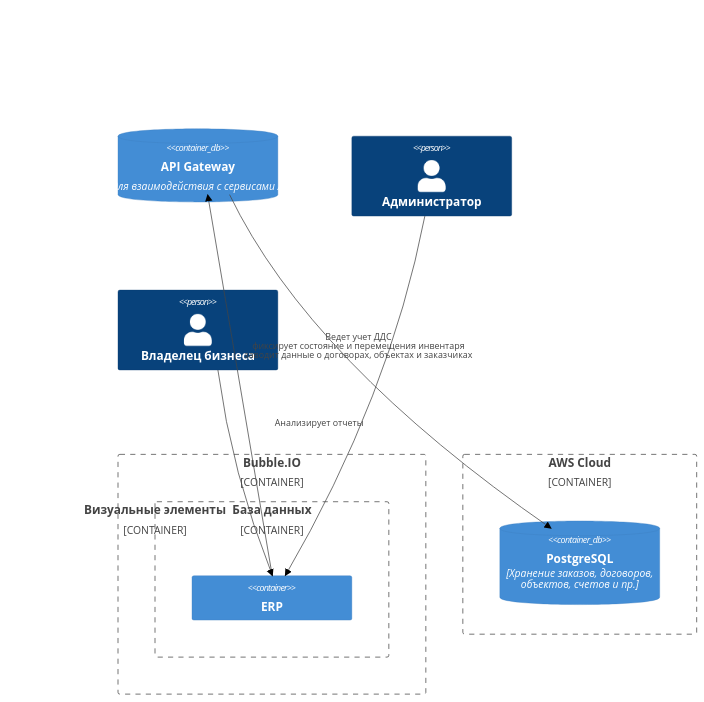
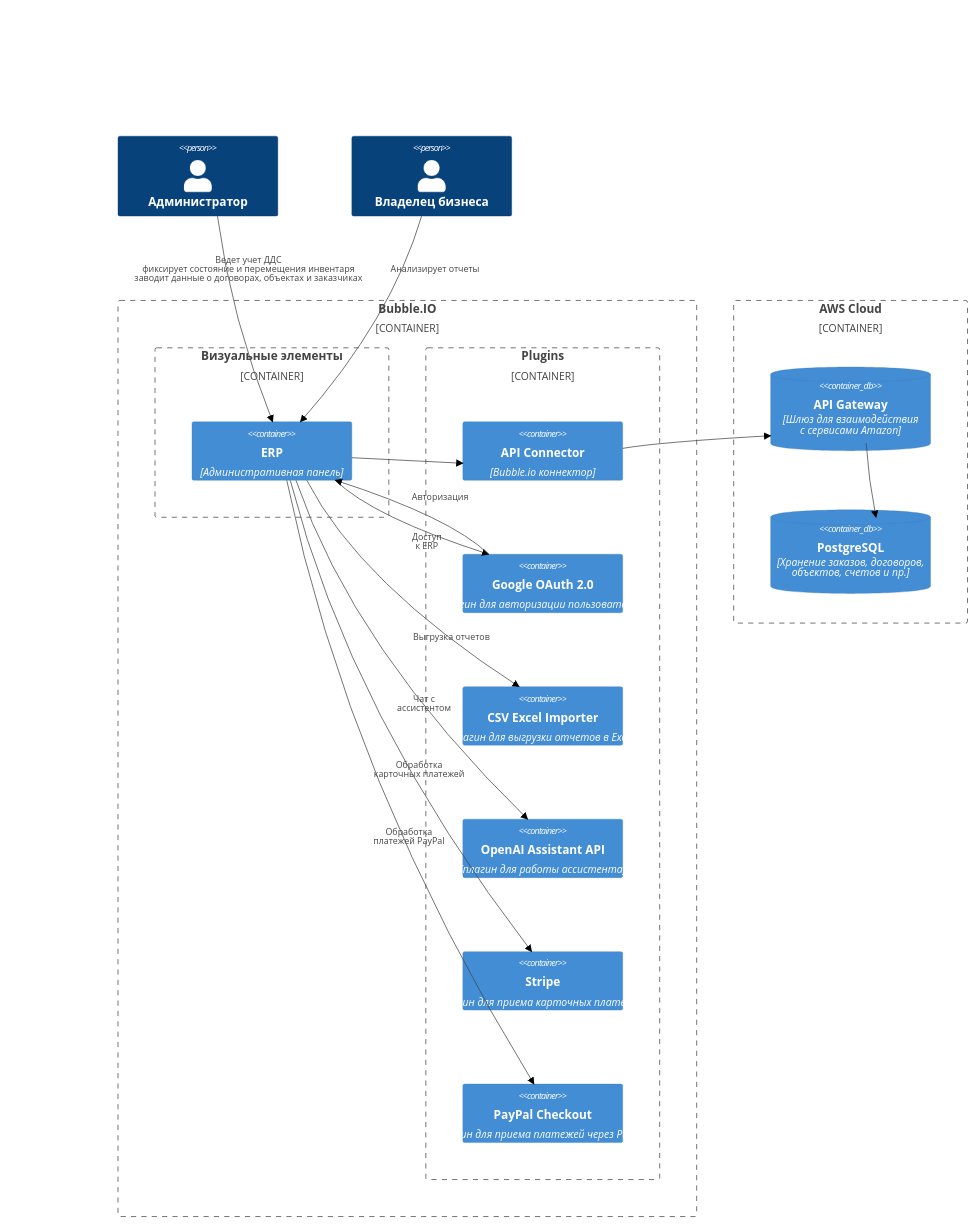
Before and after one commit to ContinentalGuy/otus-arch: the first of 2 diagrams in project/adr_3.md, drawn with Mermaid (neutral theme). The commit also changed 1 other file, not shown here.

Commit message:
added plugins for multiple integrations

````diff
--- a/project/adr_3.md
+++ b/project/adr_3.md
@@ -7,26 +7,44 @@
 ```mermaid
 C4Container
     Container_Boundary(erp, "Bubble.IO") {
         Container_Boundary(b_visual, "Визуальные элементы") {
             Container(admin_pannel, "ERP", "Административная панель")
         }
-        Container_Boundary(b_database, "База данных") {
-            Container(admin_pannel, "ERP", "")
+        Container_Boundary(plugins, "Plugins") {
+            Container(connector, "API Connector", "Bubble.io коннектор")
+            Container(auth, "Google OAuth 2.0", "плагин для авторизации пользователей")
+            Container(csv_import, "CSV Excel Importer", "плагин для выгрузки отчетов в Excel")
+            Container(openai, "OpenAI Assistant API", "плагин для работы ассистента")
+            Container(stripe, "Stripe", "плагин для приема карточных платежей")
+            Container(paypal, "PayPal Checkout", "плагин для приема платежей через PayPal")
         }
     }
     
     Container_Boundary(aws, "AWS Cloud") {
+        ContainerDb(gateway, "API Gateway", "Шлюз для взаимодействия <br>с сервисами Amazon")
         ContainerDb(postgre, "PostgreSQL", "Хранение заказов, договоров, <br> объектов, счетов и пр.")
     }
 
-    ContainerDb(gateway, "API Gateway", "Шлюз для взаимодействия с сервисами Amazon")
-
     Person(admin, "Администратор", "")
     Person(business, "Владелец бизнеса", "")
-    Rel(admin_pannel, gateway, "")
+    Rel(admin_pannel, connector, "")
+    Rel(connector, gateway, "")
     Rel(gateway, postgre, "")
     Rel(admin, admin_pannel, "Ведет учет ДДС <br> фиксирует состояние и перемещения инвентаря <br> заводит данные о договорах, объектах и заказчиках")
     Rel(business, admin_pannel, "Анализирует отчеты")
+    Rel(admin_pannel, auth, "Авторизация")
+    Rel(auth, admin_pannel, "Доступ <br>к ERP")
+    Rel(admin_pannel, csv_import, "Выгрузка отчетов")
+    Rel(admin_pannel, openai, "Чат с <br>ассистентом")
+    Rel(admin_pannel, stripe, "Обработка <br>карточных платежей")
+    Rel(admin_pannel, paypal, "Обработка <br>платежей PayPal")
+
     UpdateRelStyle(admin, admin_pannel, $offsetY="-70", $offsetX="-150")
     UpdateRelStyle(business, admin_pannel, $offsetY="-70", $offsetX="40")
+    UpdateRelStyle(admin_pannel, auth, $offsetY="-30", $offsetX="0")
+    UpdateRelStyle(auth, admin_pannel, $offsetY="30", $offsetX="0")
+    UpdateRelStyle(admin_pannel, csv_import, $offsetY="70", $offsetX="0")
+    UpdateRelStyle(admin_pannel, openai, $offsetY="70", $offsetX="-20")
+    UpdateRelStyle(admin_pannel, stripe, $offsetY="70", $offsetX="-50")
+    UpdateRelStyle(admin_pannel, paypal, $offsetY="70", $offsetX="-50")
 ```
````
